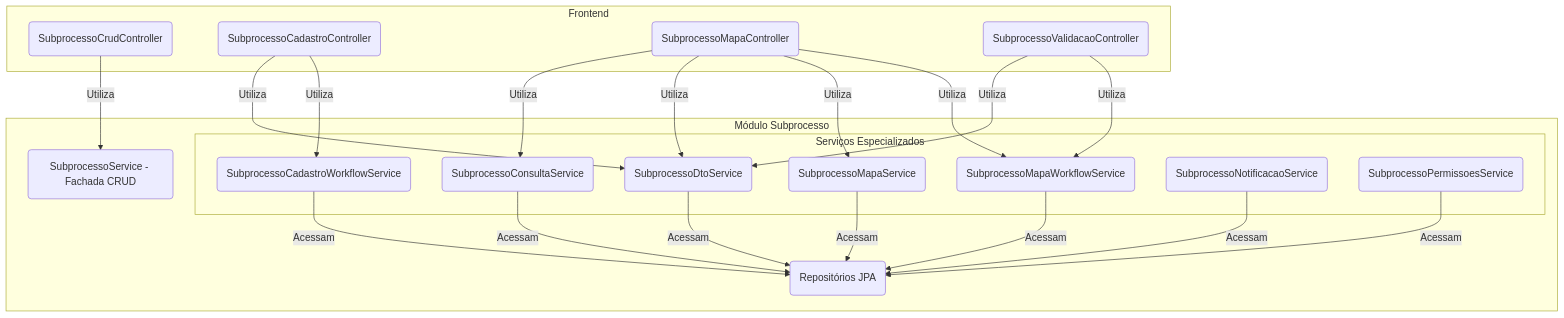
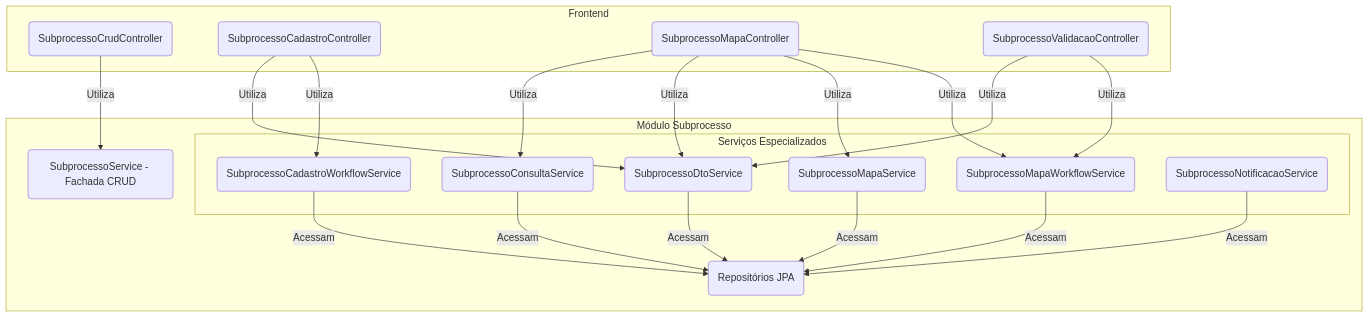
One commit to lgalvao/sgc changed the first of 2 diagrams in backend/src/main/java/sgc/subprocesso/README.md. Above: the diagram before and after it, drawn with Mermaid. The commit also changed other lines of this file and 4 other files, not shown here.

````diff
--- a/backend/src/main/java/sgc/subprocesso/README.md
+++ b/backend/src/main/java/sgc/subprocesso/README.md
@@ -15,32 +15,31 @@
 ```mermaid
 graph TD
     subgraph "Frontend"
         ControleCrud(SubprocessoCrudController)
         ControleCadastro(SubprocessoCadastroController)
         ControleMapa(SubprocessoMapaController)
         ControleValidacao(SubprocessoValidacaoController)
     end
 
     subgraph "Módulo Subprocesso"
         Facade(SubprocessoService - Fachada CRUD)
 
         subgraph "Serviços Especializados"
             CadastroWorkflow(SubprocessoCadastroWorkflowService)
             MapaWorkflow(SubprocessoMapaWorkflowService)
             Consulta(SubprocessoConsultaService)
             DtoBuilder(SubprocessoDtoService)
             Mapa(SubprocessoMapaService)
             Notificacao(SubprocessoNotificacaoService)
-            Permissoes(SubprocessoPermissoesService)
         end
 
         Repos(Repositórios JPA)
     end
 
     ControleCrud -- Utiliza --> Facade
     ControleCadastro -- Utiliza --> CadastroWorkflow & DtoBuilder
     ControleMapa -- Utiliza --> MapaWorkflow & Mapa & DtoBuilder & Consulta
     ControleValidacao -- Utiliza --> MapaWorkflow & DtoBuilder
 
-    CadastroWorkflow & MapaWorkflow & Consulta & DtoBuilder & Mapa & Notificacao & Permissoes -- Acessam --> Repos
+    CadastroWorkflow & MapaWorkflow & Consulta & DtoBuilder & Mapa & Notificacao -- Acessam --> Repos
 ```
````
